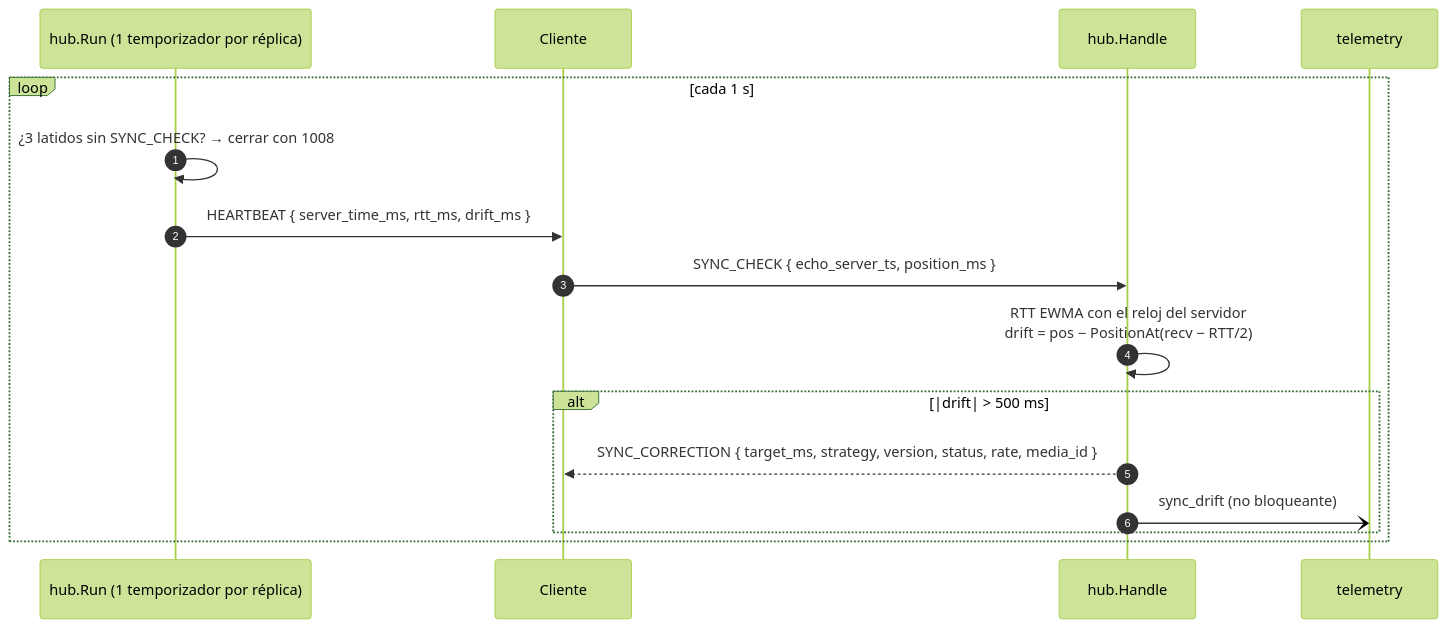
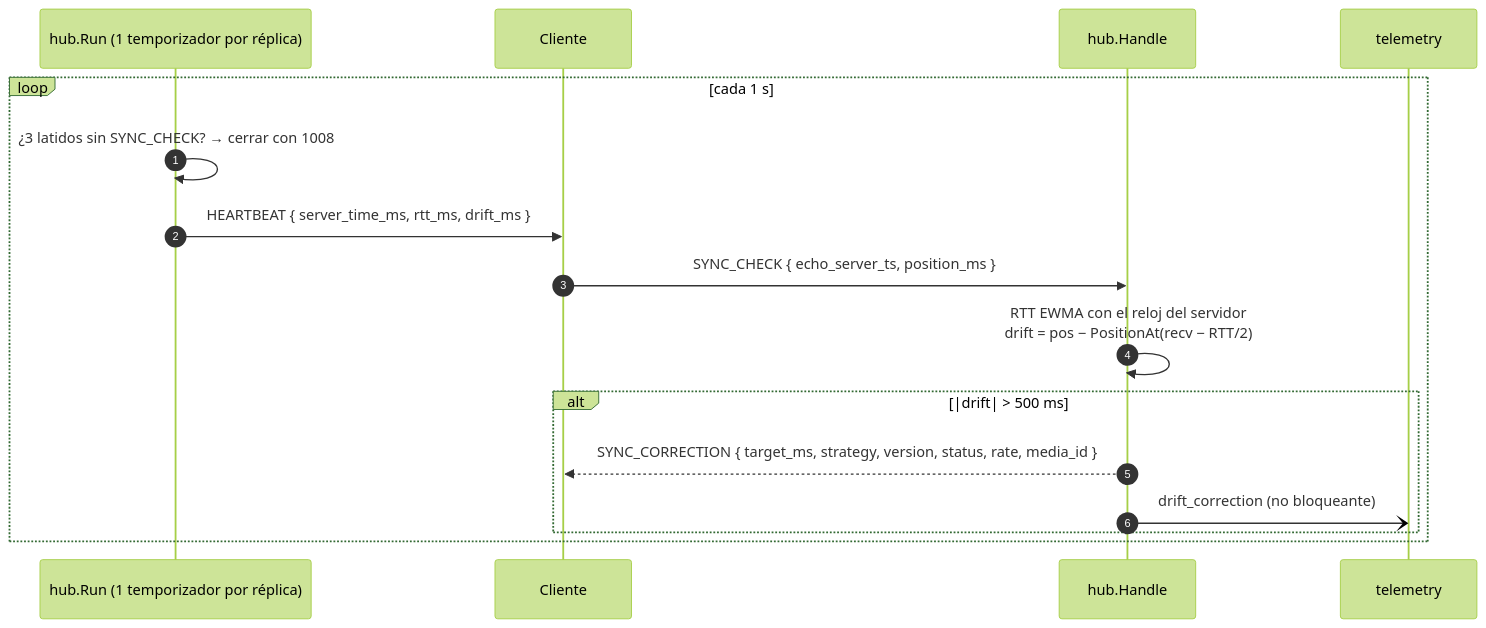
The seventh of 19 diagrams in docs/dominio-reproduccion.md (N1ghtlyC0de/TINT), drawn with Mermaid (forest theme) before and after one commit. The commit also changed other lines of this file and 3 other files, not shown here.

First line of the commit message:
docs(sync-core): documentar BUFFERING y la telemetría drift_correction

````diff
--- a/docs/dominio-reproduccion.md
+++ b/docs/dominio-reproduccion.md
@@ -417,19 +417,19 @@
 ```mermaid
 sequenceDiagram
     autonumber
     participant L as hub.Run (1 temporizador por réplica)
     participant C as Cliente
     participant H as hub.Handle
     participant T as telemetry
 
     loop cada 1 s
         L->>L: ¿3 latidos sin SYNC_CHECK? → cerrar con 1008
         L->>C: HEARTBEAT { server_time_ms, rtt_ms, drift_ms }
         C->>H: SYNC_CHECK { echo_server_ts, position_ms }
         H->>H: RTT EWMA con el reloj del servidor<br/>drift = pos − PositionAt(recv − RTT/2)
         alt |drift| > 500 ms
             H-->>C: SYNC_CORRECTION { target_ms, strategy, version, status, rate, media_id }
-            H-)T: sync_drift (no bloqueante)
+            H-)T: drift_correction (no bloqueante)
         end
     end
 ```
````
